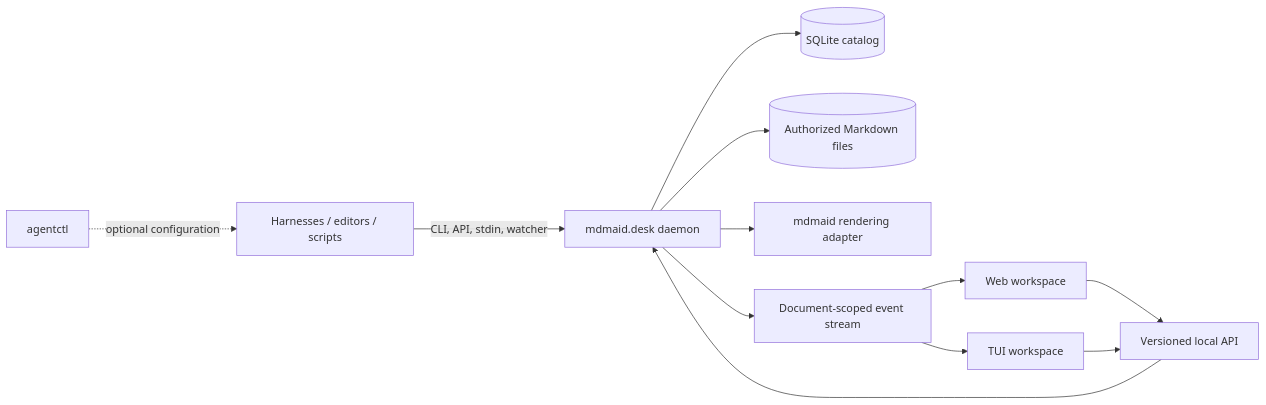
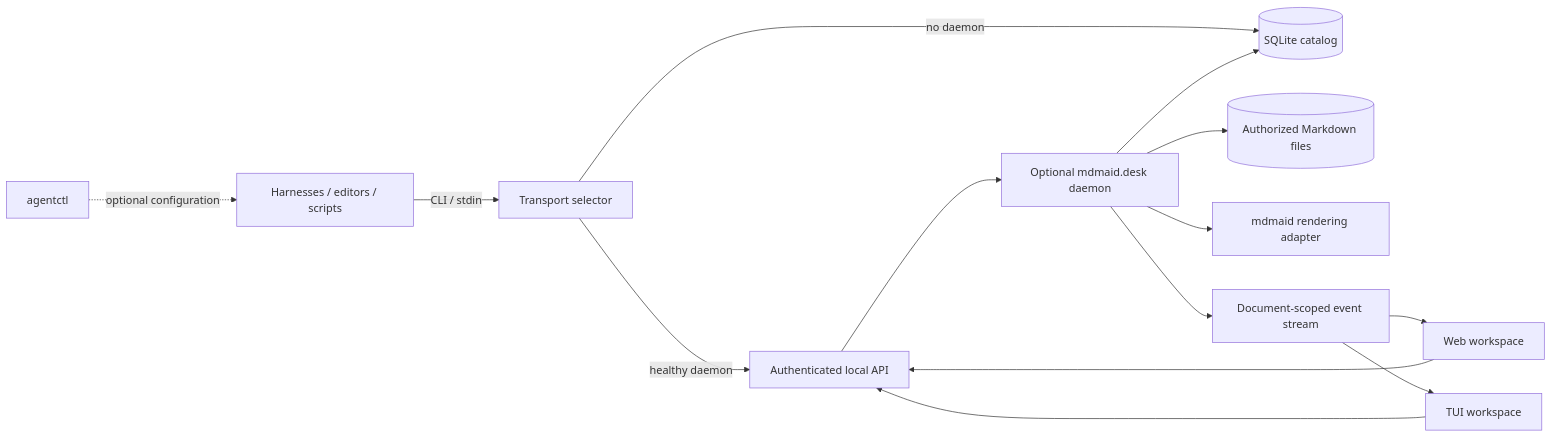
One commit to riidii-md/mdmaid.desk changed the diagram in docs/plans/web-tui-workspace.md. Above: the diagram before and after it, drawn with Mermaid. The commit also changed other lines of this file and 2 other files, not shown here.

Commit message:
docs: define optional daemon architecture

````diff
--- a/docs/plans/web-tui-workspace.md
+++ b/docs/plans/web-tui-workspace.md
@@ -74,16 +74,18 @@
 ```mermaid
 flowchart LR
-    P[Harnesses / editors / scripts] -->|CLI, API, stdin, watcher| D[mdmaid.desk daemon]
+    P[Harnesses / editors / scripts] -->|CLI / stdin| X[Transport selector]
     CFG[agentctl] -.->|optional configuration| P
 
-    D --> C[(SQLite catalog)]
+    X -->|healthy daemon| API[Authenticated local API]
+    X -->|no daemon| C[(SQLite catalog)]
+    API --> D[Optional mdmaid.desk daemon]
+    D --> C
     D --> F[(Authorized Markdown files)]
     D --> R[mdmaid rendering adapter]
     D --> E[Document-scoped event stream]
 
-    W[Web workspace] --> API[Versioned local API]
+    W[Web workspace] --> API
     T[TUI workspace] --> API
-    API --> D
     E --> W
     E --> T
 ```
````
